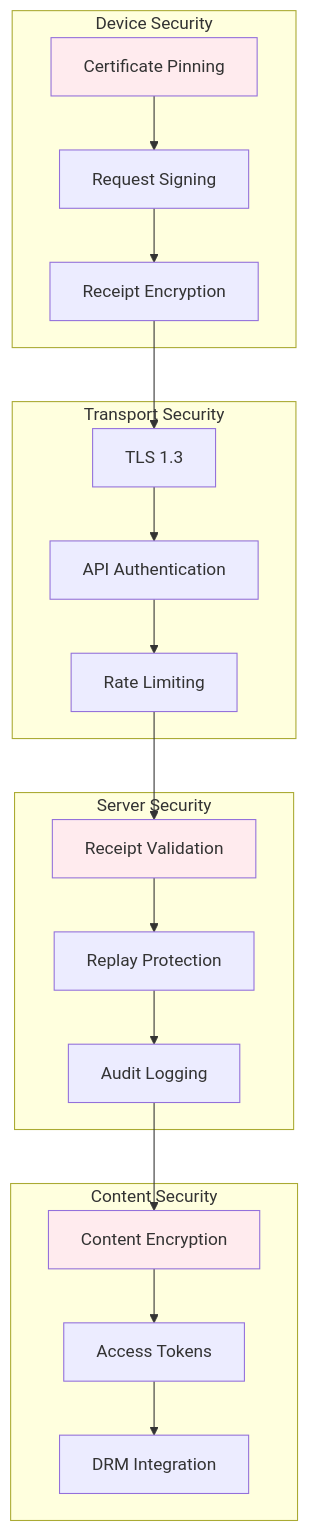
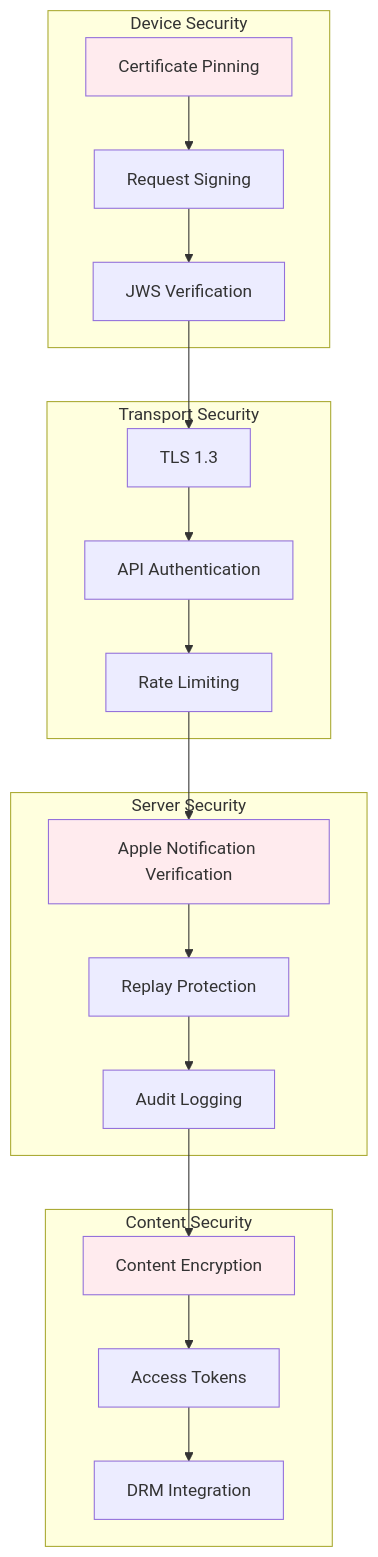
Before and after one commit to tnstoyanov/applePayInAppBt: the eighth of 10 diagrams in architecture/flow-diagrams.md, drawn with Mermaid. The commit also changed other lines of this file and 5 other files, not shown here.

````diff
--- a/architecture/flow-diagrams.md
+++ b/architecture/flow-diagrams.md
@@ -243,30 +243,30 @@
 ```mermaid
 graph TB
     subgraph "Device Security"
         A[Certificate Pinning] --> B[Request Signing]
-        B --> C[Receipt Encryption]
+        B --> C[JWS Verification]
     end
     
     subgraph "Transport Security"
         D[TLS 1.3] --> E[API Authentication]
         E --> F[Rate Limiting]
     end
     
     subgraph "Server Security"
-        G[Receipt Validation] --> H[Replay Protection]
+        G[Apple Notification Verification] --> H[Replay Protection]
         H --> I[Audit Logging]
     end
     
     subgraph "Content Security"
         J[Content Encryption] --> K[Access Tokens]
         K --> L[DRM Integration]
     end
     
     C --> D
     F --> G
     I --> J
     
     style A fill:#ffebee
     style G fill:#ffebee
     style J fill:#ffebee
 ```
````
